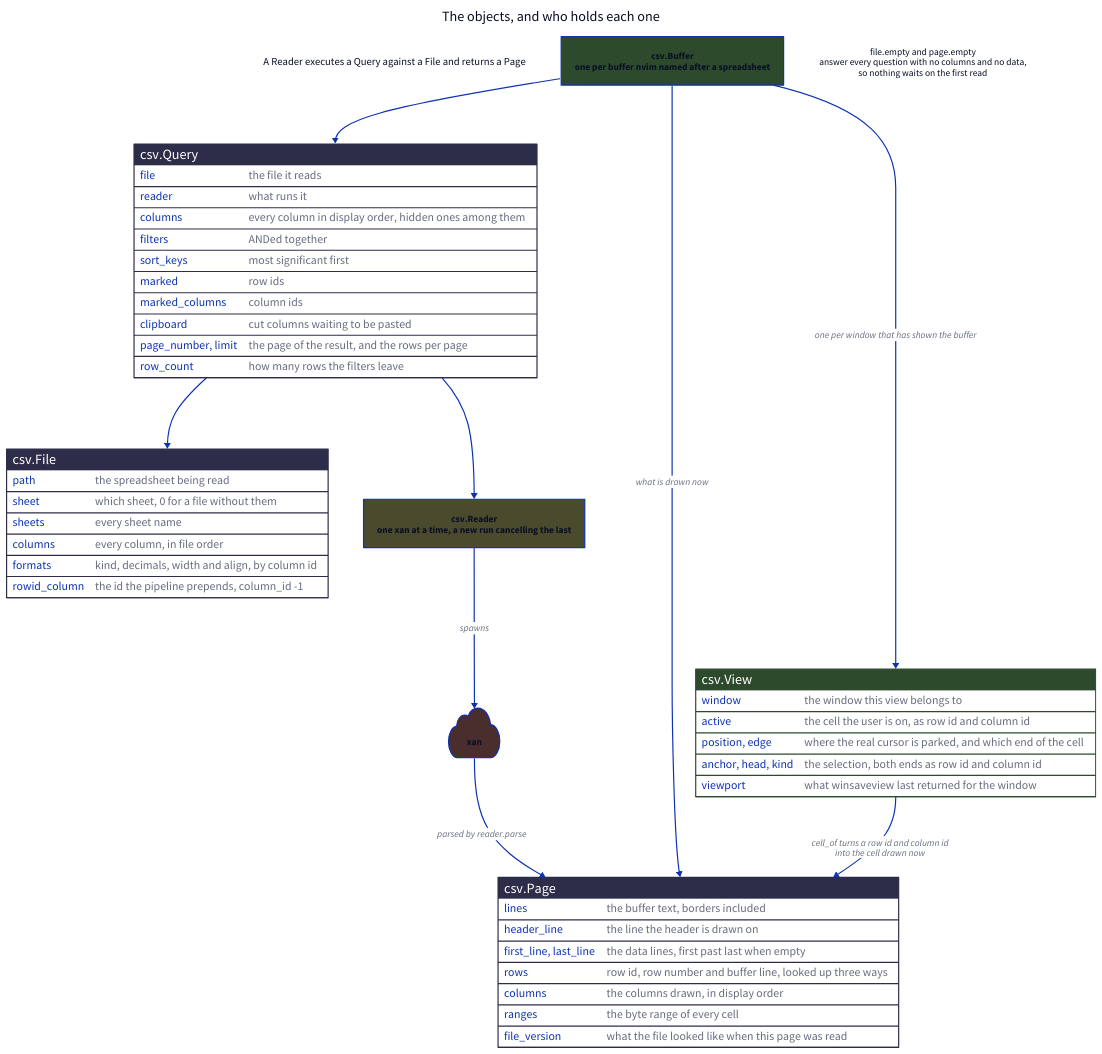
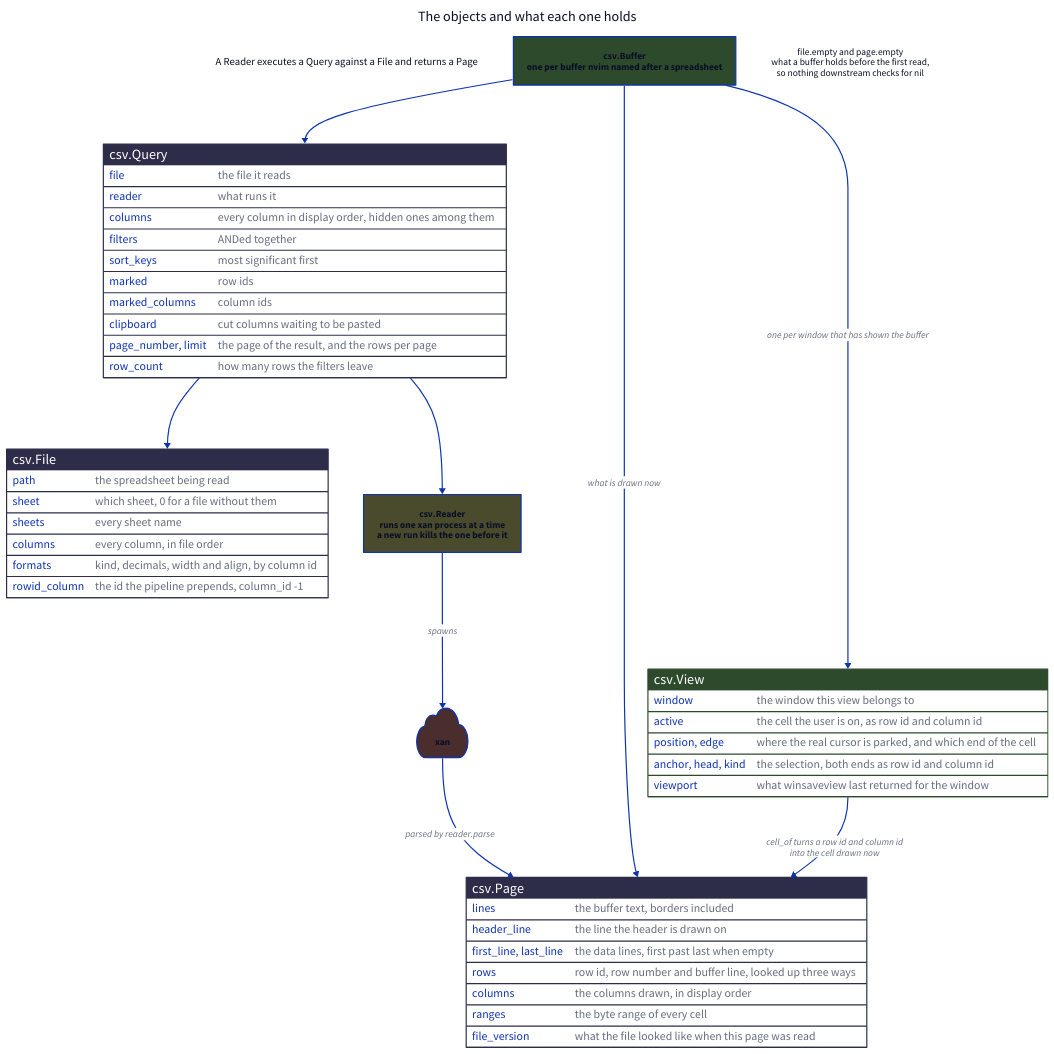
One commit to cseickel/csv-table.nvim changed the diagram in docs/01-objects.d2. Above: the diagram before and after it, drawn with D2. The commit also changed 10 other files, not shown here.

First line of the commit message:
docs: reword diagram labels and document per-window state

```diff
--- a/docs/01-objects.d2
+++ b/docs/01-objects.d2
@@ -1,90 +1,90 @@
 direction: down
 
-title: The objects, and who holds each one {
+title: The objects and what each one holds {
   near: top-center
   shape: text
   style.font-size: 24
 }
 
 sentence: "A Reader executes a Query against a File and returns a Page" {
   shape: text
   style.font-size: 18
 }
 
 classes: {
   data: {style.fill: "#2d2d4a"}
   run: {style.fill: "#4a4a2d"}
   draw: {style.fill: "#2d4a2d"}
   external: {style.fill: "#4a2d2d"}
 }
 
 buffer: "csv.Buffer\none per buffer nvim named after a spreadsheet" {class: draw}
 
 view: csv.View {
   shape: sql_table
   class: draw
   window: the window this view belongs to
   active: the cell the user is on, as row id and column id
   "position, edge": where the real cursor is parked, and which end of the cell
   "anchor, head, kind": the selection, both ends as row id and column id
   viewport: what winsaveview last returned for the window
 }
 
 file: csv.File {
   shape: sql_table
   class: data
   path: the spreadsheet being read
   sheet: which sheet, 0 for a file without them
   sheets: every sheet name
   columns: every column, in file order
   formats: kind, decimals, width and align, by column id
   rowid_column: the id the pipeline prepends, column_id -1
 }
 
 query: csv.Query {
   shape: sql_table
   class: data
   file: the file it reads
   reader: what runs it
   columns: every column in display order, hidden ones among them
   filters: ANDed together
   sort_keys: most significant first
   marked: row ids
   marked_columns: column ids
   clipboard: cut columns waiting to be pasted
   "page_number, limit": the page of the result, and the rows per page
   row_count: how many rows the filters leave
 }
 
 page: csv.Page {
   shape: sql_table
   class: data
   lines: the buffer text, borders included
   header_line: the line the header is drawn on
   "first_line, last_line": the data lines, first past last when empty
   rows: row id, row number and buffer line, looked up three ways
   columns: the columns drawn, in display order
   ranges: the byte range of every cell
   file_version: what the file looked like when this page was read
 }
 
-reader: "csv.Reader\none xan at a time, a new run cancelling the last" {class: run}
+reader: "csv.Reader\nruns one xan process at a time\na new run kills the one before it" {class: run}
 
 xan: xan {
   class: external
   shape: cloud
 }
 
-empty: "file.empty and page.empty\nanswer every question with no columns and no data,\nso nothing waits on the first read" {
+empty: "file.empty and page.empty\nwhat a buffer holds before the first read,\nso nothing downstream checks for nil" {
   shape: text
   class: data
 }
 
 buffer -> query
 buffer -> page: what is drawn now
 buffer -> view: one per window that has shown the buffer
 view -> page: "cell_of turns a row id and column id\ninto the cell drawn now"
 query -> file
 query -> reader
 reader -> xan: spawns
 xan -> page: parsed by reader.parse
```
